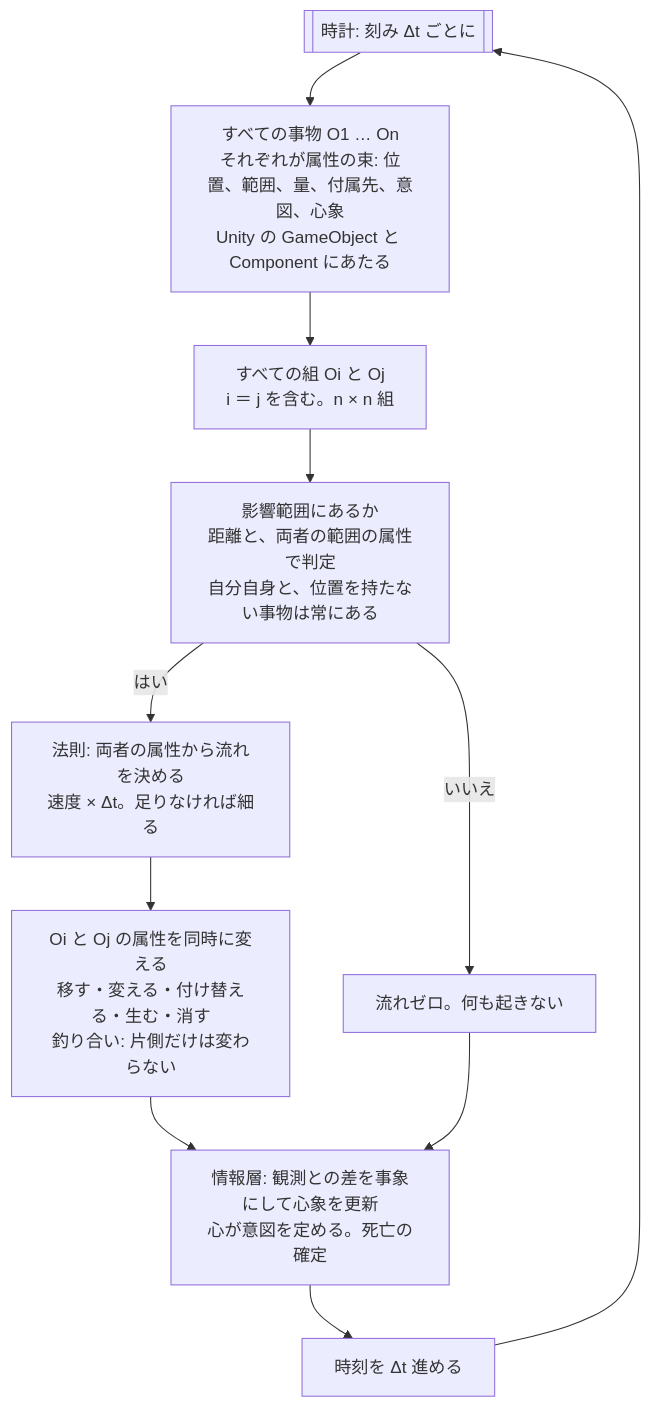
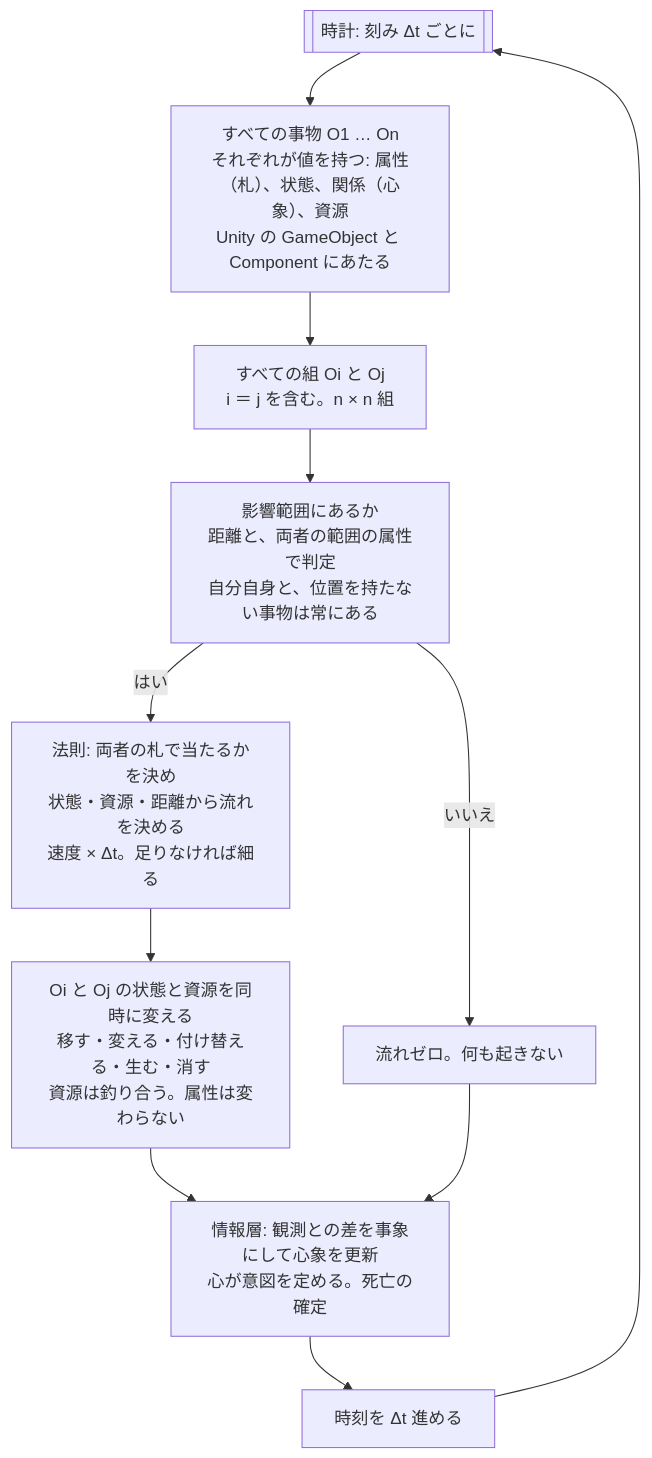
One commit to demerzel09/Medieval-Simulator changed the first of 2 diagrams in docs/DESIGN.md. Above: the diagram before and after it, drawn with Mermaid. The commit also changed other lines of this file and 12 other files, not shown here.

````diff
--- a/docs/DESIGN.md
+++ b/docs/DESIGN.md
@@ -47,13 +47,13 @@
 ```mermaid
 flowchart TD
-  C[["時計: 刻み Δt ごとに"]] --> O["すべての事物 O1 … On<br/>それぞれが属性の束: 位置、範囲、量、付属先、意図、心象<br/>Unity の GameObject と Component にあたる"]
+  C[["時計: 刻み Δt ごとに"]] --> O["すべての事物 O1 … On<br/>それぞれが値を持つ: 属性（札）、状態、関係（心象）、資源<br/>Unity の GameObject と Component にあたる"]
   O --> P["すべての組 Oi と Oj<br/>i ＝ j を含む。n × n 組"]
   P --> S["影響範囲にあるか<br/>距離と、両者の範囲の属性で判定<br/>自分自身と、位置を持たない事物は常にある"]
   S -->|"いいえ"| Z["流れゼロ。何も起きない"]
-  S -->|"はい"| L["法則: 両者の属性から流れを決める<br/>速度 × Δt。足りなければ細る"]
-  L --> F["Oi と Oj の属性を同時に変える<br/>移す・変える・付け替える・生む・消す<br/>釣り合い: 片側だけは変わらない"]
+  S -->|"はい"| L["法則: 両者の札で当たるかを決め<br/>状態・資源・距離から流れを決める<br/>速度 × Δt。足りなければ細る"]
+  L --> F["Oi と Oj の状態と資源を同時に変える<br/>移す・変える・付け替える・生む・消す<br/>資源は釣り合う。属性は変わらない"]
   F --> I["情報層: 観測との差を事象にして心象を更新<br/>心が意図を定める。死亡の確定"]
   Z --> I
   I --> T["時刻を Δt 進める"]
   T --> C
 ```
````
